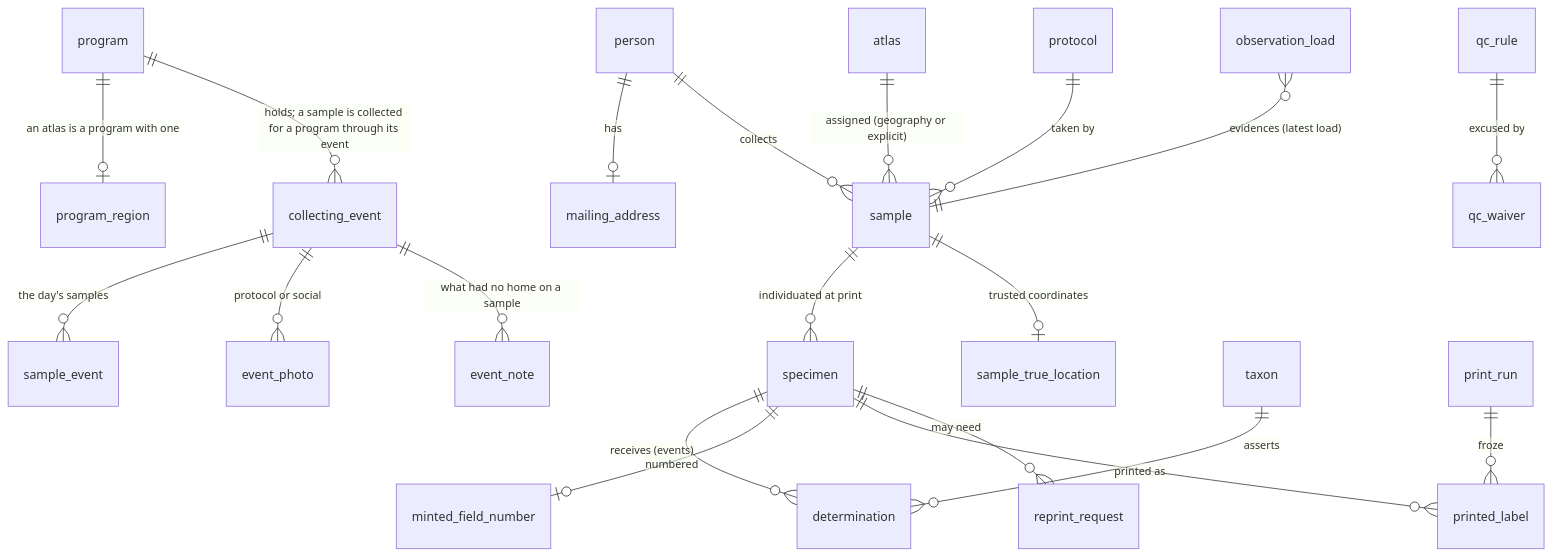
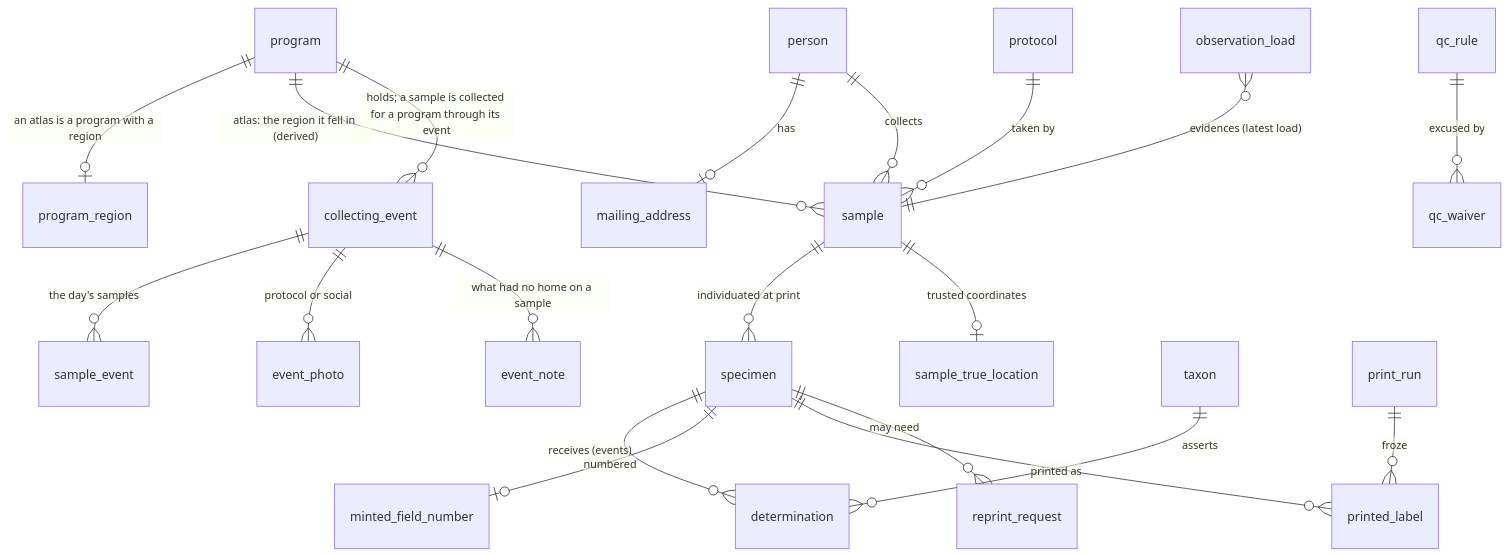
The diagram in docs/schema-sketch.md (rainhead/beeline), drawn with Mermaid before and after one commit. The commit also changed other lines of this file, not shown here.

First line of the commit message:
The sketch has one program table and no atlas table

````diff
--- a/docs/schema-sketch.md
+++ b/docs/schema-sketch.md
@@ -15,22 +15,22 @@
 ```mermaid
 erDiagram
     person ||--o| mailing_address : "has"
-    atlas ||--o{ sample : "assigned (geography or explicit)"
-    program ||--o| program_region : "an atlas is a program with one"
+    program ||--o| program_region : "an atlas is a program with a region"
+    program ||--o{ sample : "atlas: the region it fell in (derived)"
     program ||--o{ collecting_event : "holds; a sample is collected for a program through its event"
     protocol ||--o{ sample : "taken by"
     collecting_event ||--o{ sample_event : "the day's samples"
     collecting_event ||--o{ event_photo : "protocol or social"
     collecting_event ||--o{ event_note : "what had no home on a sample"
     person ||--o{ sample : "collects"
     sample ||--o{ specimen : "individuated at print"
     sample ||--o| sample_true_location : "trusted coordinates"
     observation_load }o--|| sample : "evidences (latest load)"
     specimen ||--o{ determination : "receives (events)"
     taxon ||--o{ determination : "asserts"
     specimen ||--o| minted_field_number : "numbered"
     print_run ||--o{ printed_label : "froze"
     specimen ||--o{ printed_label : "printed as"
     specimen ||--o{ reprint_request : "may need"
     qc_rule ||--o{ qc_waiver : "excused by"
 ```
````
